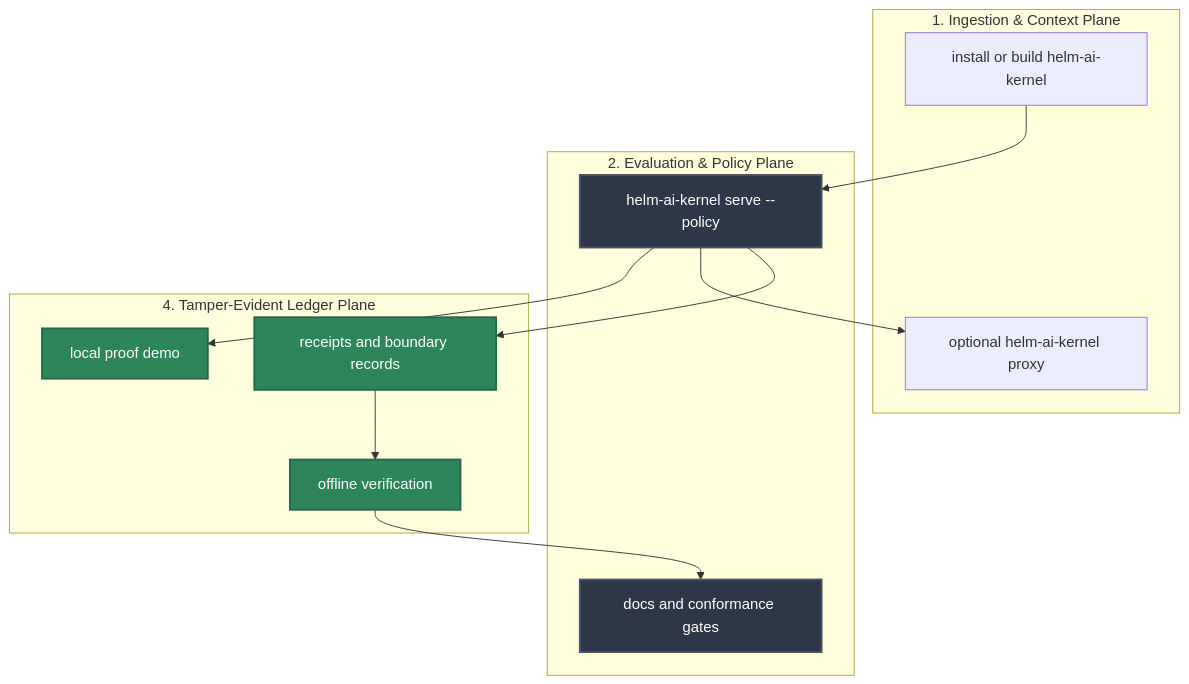
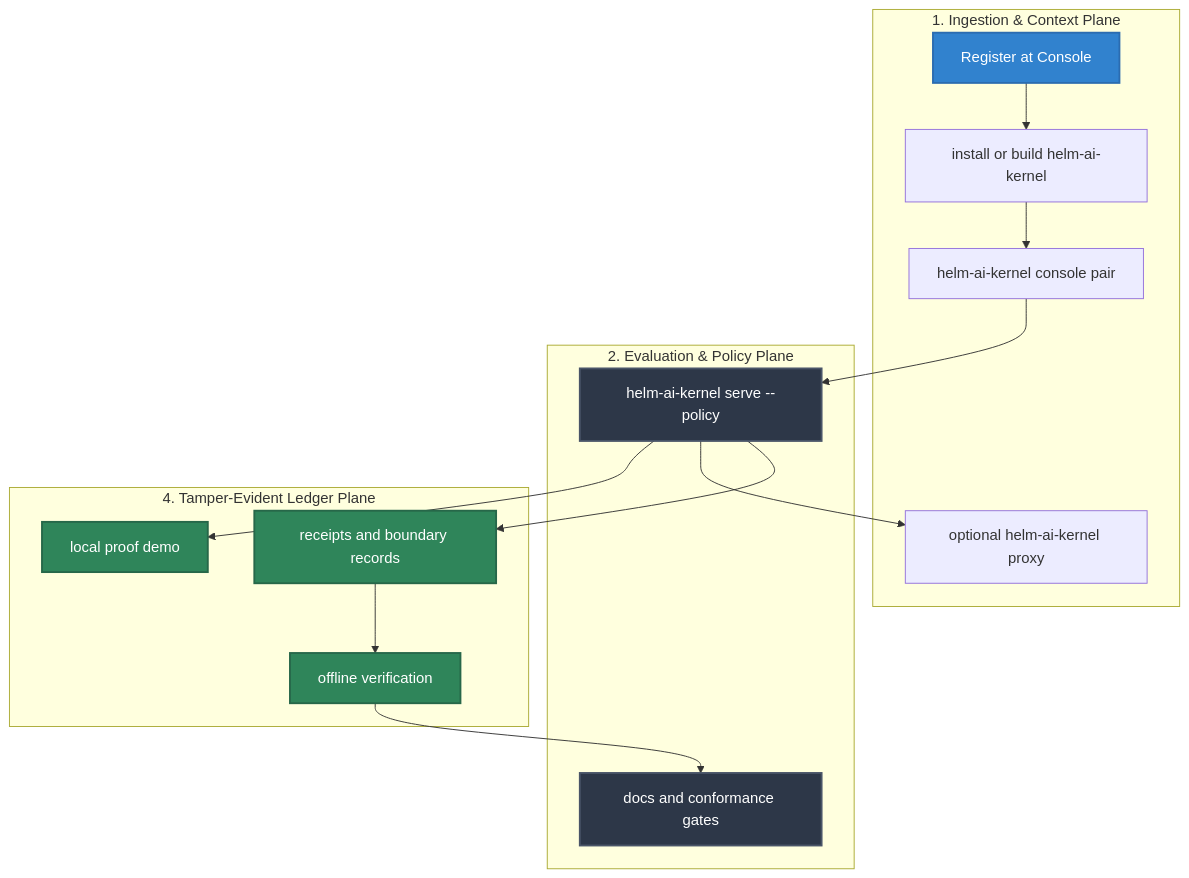
Before and after one commit to Mindburn-Labs/helm-ai-kernel: the diagram in docs/DEVELOPER_JOURNEY.md, drawn with Mermaid. The commit also changed other lines of this file and 63 other files, not shown here.

````diff
--- a/docs/DEVELOPER_JOURNEY.md
+++ b/docs/DEVELOPER_JOURNEY.md
@@ -18,33 +18,38 @@
 ```mermaid
 flowchart TD
     subgraph Ingestion["1. Ingestion & Context Plane"]
+        Register["Register at Console"]
         Install["install or build helm-ai-kernel"]
+        Pair["helm-ai-kernel console pair"]
         Proxy["optional helm-ai-kernel proxy"]
     end
 
     subgraph Evaluation["2. Evaluation & Policy Plane"]
         Serve["helm-ai-kernel serve --policy"]
         Gates["docs and conformance gates"]
     end
 
     subgraph Ledger["4. Tamper-Evident Ledger Plane"]
         Demo["local proof demo"]
         Receipts["receipts and boundary records"]
         Verify["offline verification"]
     end
 
     %% Operational Flow Edges
-    Install --> Serve
+    Register --> Install
+    Install --> Pair
+    Pair --> Serve
     Serve --> Demo
     Serve --> Proxy
     Serve --> Receipts
     Receipts --> Verify
     Verify --> Gates
 
     %% Premium Styling Rules
+    style Register fill:#3182ce,stroke:#2b6cb0,stroke-width:2px,color:#fff
     style Serve fill:#2d3748,stroke:#4a5568,stroke-width:2px,color:#fff
     style Demo fill:#2f855a,stroke:#276749,stroke-width:2px,color:#fff
     style Receipts fill:#2f855a,stroke:#276749,stroke-width:2px,color:#fff
     style Verify fill:#2f855a,stroke:#276749,stroke-width:2px,color:#fff
     style Gates fill:#2d3748,stroke:#4a5568,stroke-width:2px,color:#fff
 ```
````
